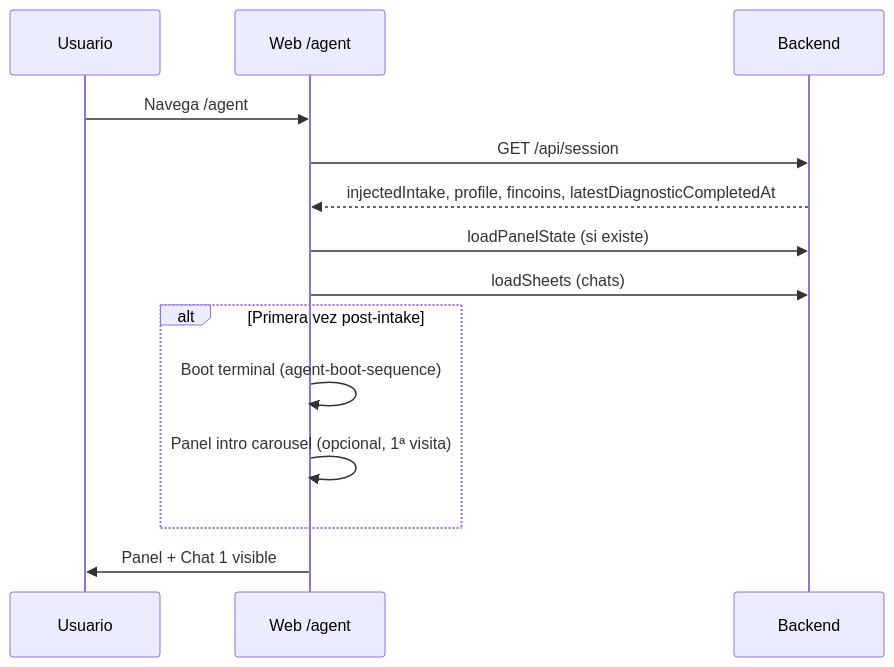
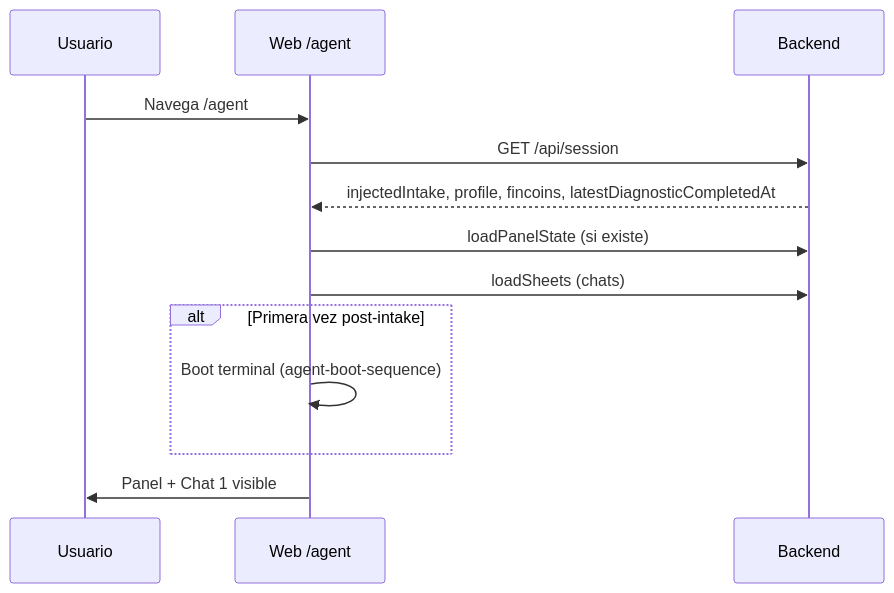
Before and after one commit to SashaOyanadelDreckmann/locoplaya666-final-financial-agent: the second of 6 diagrams in docs/FLUJO_END_TO_END.md, drawn with Mermaid. The commit also changed other lines of this file and 79 other files, not shown here.

````diff
--- a/docs/FLUJO_END_TO_END.md
+++ b/docs/FLUJO_END_TO_END.md
@@ -173,17 +173,16 @@
 ```mermaid
 sequenceDiagram
   participant U as Usuario
   participant W as Web /agent
   participant API as Backend
 
   U->>W: Navega /agent
   W->>API: GET /api/session
   API-->>W: injectedIntake, profile, fincoins, latestDiagnosticCompletedAt
   W->>API: loadPanelState (si existe)
   W->>API: loadSheets (chats)
   alt Primera vez post-intake
     W->>W: Boot terminal (agent-boot-sequence)
-    W->>W: Panel intro carousel (opcional, 1ª visita)
   end
   W->>U: Panel + Chat 1 visible
 ```
````
